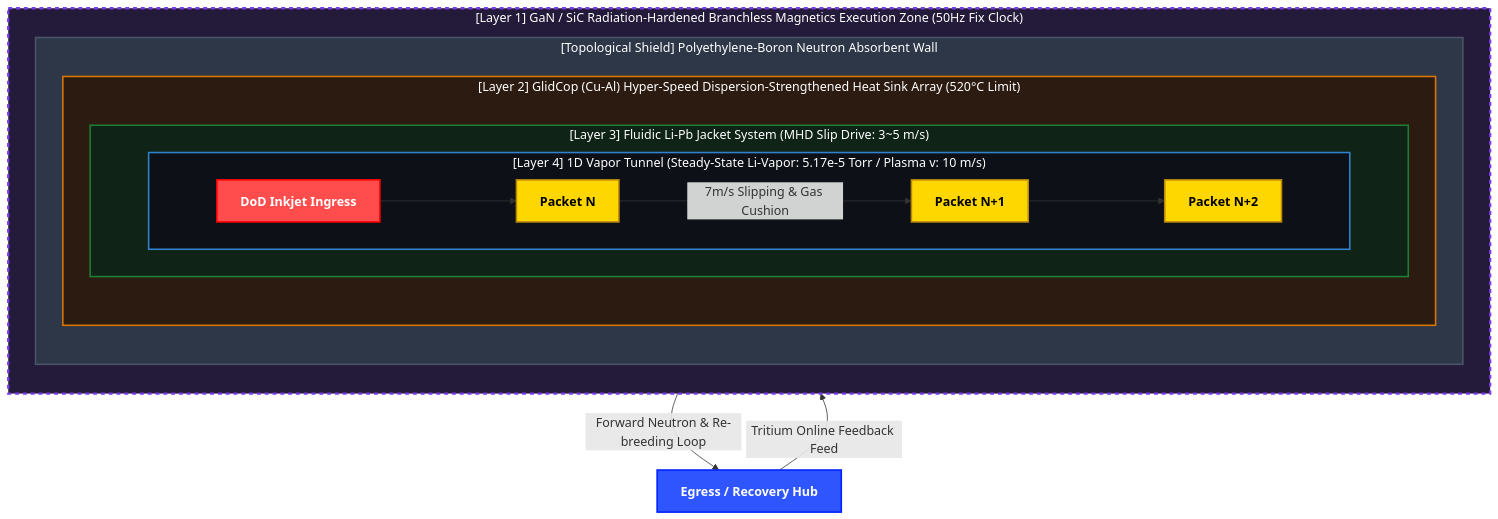
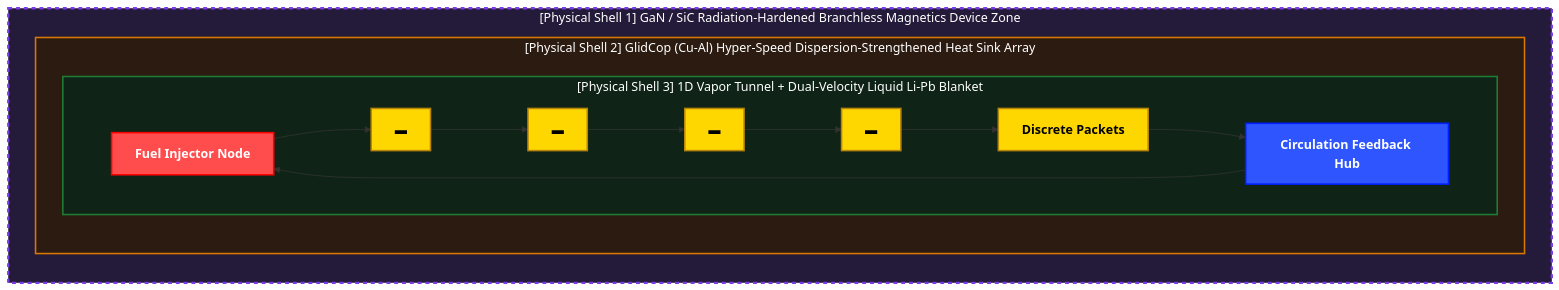
One commit to PJHkorea/discrete-filament-router-KR changed the diagram in docs/System_Specs.md. Above: the diagram before and after it, drawn with Mermaid.

````diff
--- a/docs/System_Specs.md
+++ b/docs/System_Specs.md
@@ -31,49 +31,39 @@
 ```mermaid
 graph TB
-    %% 스타일 정의
+    %% Style Definitions
     classDef ingress fill:#FF4D4D,stroke:#FF0000,stroke-width:2px,color:#FFFFFF,font-weight:bold;
     classDef egress fill:#2F55FF,stroke:#001FFF,stroke-width:2px,color:#FFFFFF,font-weight:bold;
     classDef packet fill:#FFD700,stroke:#B8860B,stroke-width:2px,color:#000000,font-weight:bold;
-    classDef shield fill:#718096,stroke:#4A5568,stroke-width:2px,color:#FFFFFF,font-weight:bold;
 
-    %% 최외곽 계층: 실리콘 제어단 (중성자 음영 대피 구역)
-    subgraph L1 ["[Layer 1] GaN / SiC Radiation-Hardened Branchless Magnetics Execution Zone (50Hz Fix Clock)"]
+    %% Outermost Stratum: Electromagnetic Control Zone
+    subgraph S1 ["[Physical Shell 1] GaN / SiC Radiation-Hardened Branchless Magnetics Device Zone"]
         direction TB
         
-        %% 중성자 흡수 차폐 장벽 (추가)
-        subgraph L_Shield ["[Topological Shield] Polyethylene-Boron Neutron Absorbent Wall"]
+        %% Intermediate Stratum: Thermal Energy Recovery Absorption Core
+        subgraph S2 ["[Physical Shell 2] GlidCop (Cu-Al) Hyper-Speed Dispersion-Strengthened Heat Sink Array"]
             direction TB
             
-            %% 중간 계층: 열 회수 냉각판
-            subgraph L2 ["[Layer 2] GlidCop (Cu-Al) Hyper-Speed Dispersion-Strengthened Heat Sink Array (520°C Limit)"]
-                direction TB
+            %% Innermost Stratum: Lithium Insulating Shielding Blanket
+            subgraph S3 ["[Physical Shell 3] 1D Vapor Tunnel + Dual-Velocity Liquid Li-Pb Blanket"]
+                direction LR
                 
-                %% 신규 계층: 이중 유속 리튬-납 액체 블랭킷
-                subgraph L3_Jacket ["[Layer 3] Fluidic Li-Pb Jacket System (MHD Slip Drive: 3~5 m/s)"]
-                    direction LR
-                    
-                    %% 최중심축: 1D 이산 터널 (기화 리튬 증기압 가득 참)
-                    subgraph L4_Core ["[Layer 4] 1D Vapor Tunnel (Steady-State Li-Vapor: 5.17e-5 Torr / Plasma v: 10 m/s)"]
-                        direction LR
-                        Ingress[DoD Inkjet Ingress] --> P1["Packet N"] -- "7m/s Slipping & Gas Cushion" --> P2["Packet N+1"] --> P3["Packet N+2"]
-                    end
-                end
+                %% Core Axial: 1D Linear Track Corridor Pipeline
+                Ingress[Fuel Injector Node] --> P1["▬"] --> P2["▬"] --> P3["▬"] --> P4["▬"] --> Packets[Discrete Packets] --> Egress[Circulation Feedback Hub]
             end
         end
     end
 
-    %% 순환 폐루프(Closed-Loop) 시각화 인터록
-    P3 -- "Forward Neutron & Re-breeding Loop" --> Egress[Egress / Recovery Hub]
-    Egress -- "Tritium Online Feedback Feed" --> Ingress
+    %% 폐쇄형 순환 인터록: 끝부분이 다시 입구(연료 주입단)로 무한 주행 (추가)
+    Egress ----> Ingress
 
     class Ingress ingress;
     class Egress egress;
-    class P1,P2,P3 packet;
+    class P1,P2,P3,P4,Packets packet;
     
-    style L1 fill:#241A3A,stroke:#7C3AED,stroke-width:3px,stroke-dasharray: 5 5,color:#FFFFFF;
-    style L_Shield fill:#2D3748,stroke:#4A5568,stroke-width:2px,color:#FFFFFF;
-    style L2 fill:#2C1B10,stroke:#D97706,stroke-width:2px,color:#FFFFFF;
-    style L3_Jacket fill:#0F2416,stroke:#1E7E34,stroke-width:2px,color:#FFFFFF;
-    style L4_Core fill:#0D1117,stroke:#3182CE,stroke-width:2px,color:#FFFFFF;
+    style S1 fill:#241A3A,stroke:#7C3AED,stroke-width:3px,stroke-dasharray: 5 5,color:#FFFFFF;
+    style S2 fill:#2C1B10,stroke:#D97706,stroke-width:2px,color:#FFFFFF;
+    style S3 fill:#0F2416,stroke:#1E7E34,stroke-width:2px,color:#FFFFFF;
+
+
 
 ```
````
